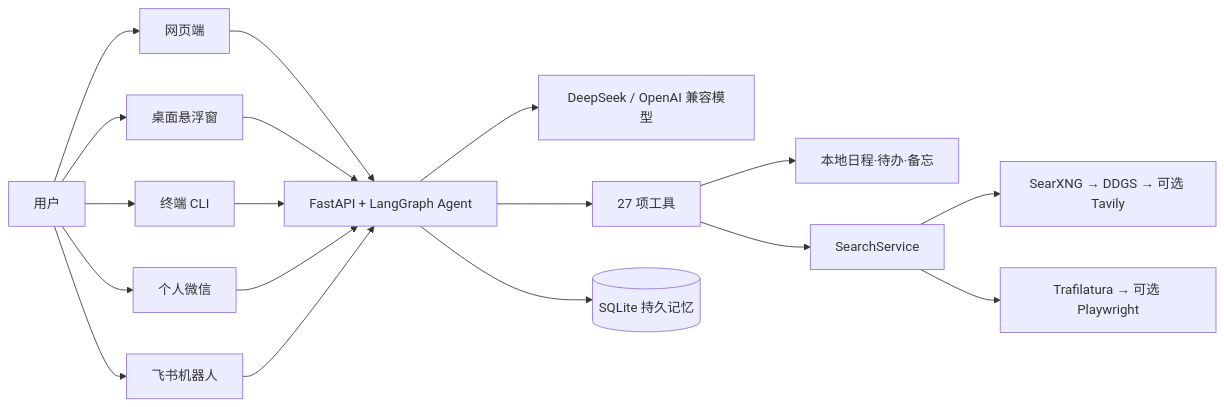
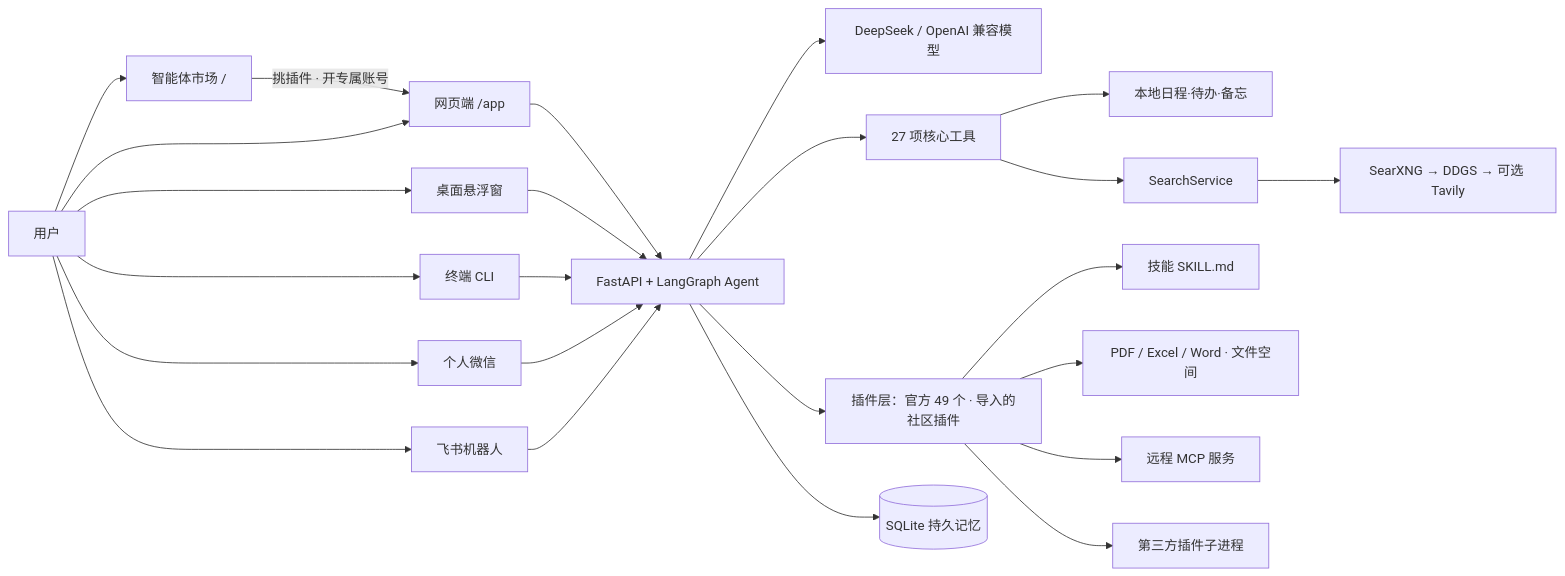
The diagram in README.md (123akw/jarvis), drawn with Mermaid before and after one commit. The commit also changed other lines of this file and 5 other files, not shown here.

````diff
--- a/README.md
+++ b/README.md
@@ -144,12 +144,18 @@
 ```mermaid
 flowchart LR
-  U[用户] --> W[网页端] & D[桌面悬浮窗] & C[终端 CLI] & X[个人微信] & F[飞书机器人]
+  U[用户] --> MK[智能体市场 /]
+  MK -->|挑插件 · 开专属账号| W
+  U --> W[网页端 /app] & D[桌面悬浮窗] & C[终端 CLI] & X[个人微信] & F[飞书机器人]
   W & D & C & X & F --> A[FastAPI + LangGraph Agent]
   A --> M[DeepSeek / OpenAI 兼容模型]
-  A --> T[27 项工具]
+  A --> T[27 项核心工具]
+  A --> PL[插件层：官方 49 个 · 导入的社区插件]
   A --> S[(SQLite 持久记忆)]
   T --> L[本地日程·待办·备忘]
   T --> Q[SearchService]
   Q --> P[SearXNG → DDGS → 可选 Tavily]
-  Q --> R[Trafilatura → 可选 Playwright]
+  PL --> SK[技能 SKILL.md]
+  PL --> OF[PDF / Excel / Word · 文件空间]
+  PL --> MC[远程 MCP 服务]
+  PL --> SB[第三方插件子进程]
 ```
````
